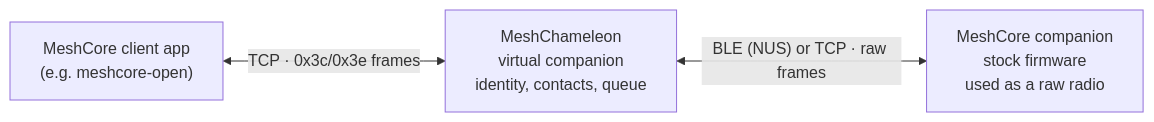
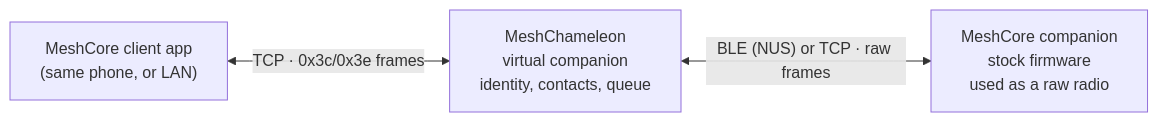
One commit to jhuebert/MeshChameleon changed the diagram in DEVELOPMENT.md. Above: the diagram before and after it, drawn with Mermaid. The commit also changed other lines of this file and 4 other files, not shown here.

First line of the commit message:
docs: highlight identity portability and same-phone use

````diff
--- a/DEVELOPMENT.md
+++ b/DEVELOPMENT.md
@@ -11,9 +11,9 @@
 ```mermaid
 flowchart LR
-    client["MeshCore client app<br/>(e.g. meshcore-open)"]
+    client["MeshCore client app<br/>(same phone, or LAN)"]
     proxy["MeshChameleon<br/>virtual companion<br/>identity, contacts, queue"]
     radio["MeshCore companion<br/>stock firmware<br/>used as a raw radio"]
 
     client <-->|"TCP · 0x3c/0x3e frames"| proxy
     proxy <-->|"BLE (NUS) or TCP · raw frames"| radio
 ```
````
